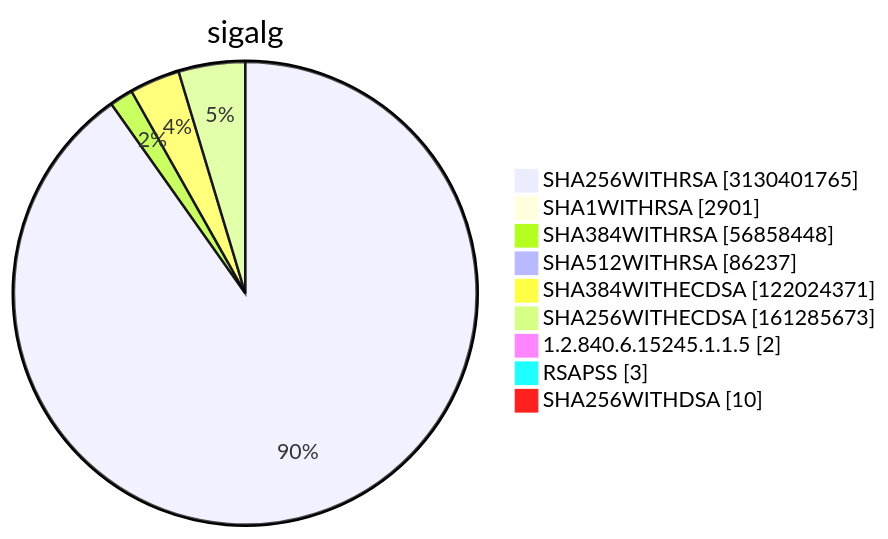
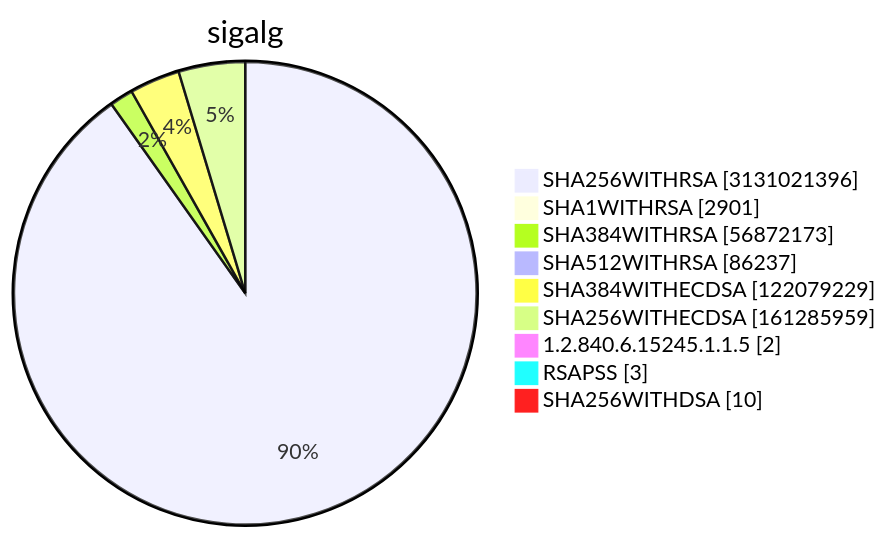
One commit to christiankrug/ctmonitor_visualization changed diagram 15 of 15 in TOTAL/README.md. Above: the diagram before and after it, drawn with Mermaid. The commit also changed other lines of this file, not shown here.

````diff
--- a/TOTAL/README.md
+++ b/TOTAL/README.md
@@ -6212,13 +6212,13 @@
 ```mermaid
 pie showData
 title sigalg
-"SHA256WITHRSA" :3130401765
+"SHA256WITHRSA" :3131021396
 "SHA1WITHRSA" :2901
-"SHA384WITHRSA" :56858448
+"SHA384WITHRSA" :56872173
 "SHA512WITHRSA" :86237
-"SHA384WITHECDSA" :122024371
-"SHA256WITHECDSA" :161285673
+"SHA384WITHECDSA" :122079229
+"SHA256WITHECDSA" :161285959
 "1.2.840.6.15245.1.1.5" :2
 "RSAPSS" :3
 "SHA256WITHDSA" :10
 ```
````
